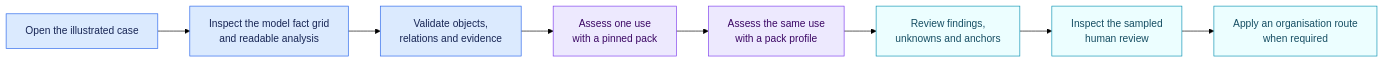
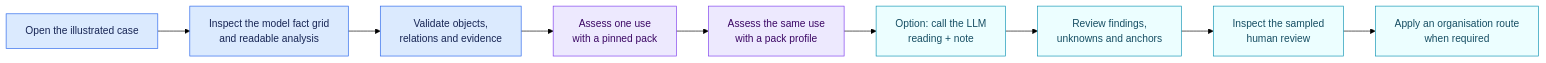
Before and after one commit to NickChaps/Open-AIRS: the diagram in docs/en/quickstart.md, drawn with Mermaid (forest theme). The commit also changed other lines of this file and 58 other files, not shown here.

````diff
--- a/docs/en/quickstart.md
+++ b/docs/en/quickstart.md
@@ -5,17 +5,18 @@
 ```mermaid
 flowchart LR
     O["Open the illustrated case"] --> X["Inspect the model fact grid<br/>and readable analysis"]
     X --> V["Validate objects,<br/>relations and evidence"]
     V --> A["Assess one use<br/>with a pinned pack"]
     A --> P["Assess the same use<br/>with a pack profile"]
-    P --> R["Review findings,<br/>unknowns and anchors"]
+    P --> L["Option: call the LLM<br/>reading + note"]
+    L --> R["Review findings,<br/>unknowns and anchors"]
     R --> H["Inspect the sampled<br/>human review"]
     H --> W["Apply an organisation route<br/>when required"]
 
     classDef input fill:#dbeafe,stroke:#2563eb,color:#172554
     classDef engine fill:#ede9fe,stroke:#7c3aed,color:#3b0764
     classDef result fill:#ecfeff,stroke:#0891b2,color:#164e63
     class O,X,V input
     class A,P engine
-    class R,H,W result
+    class L,R,H,W result
 ```
````
